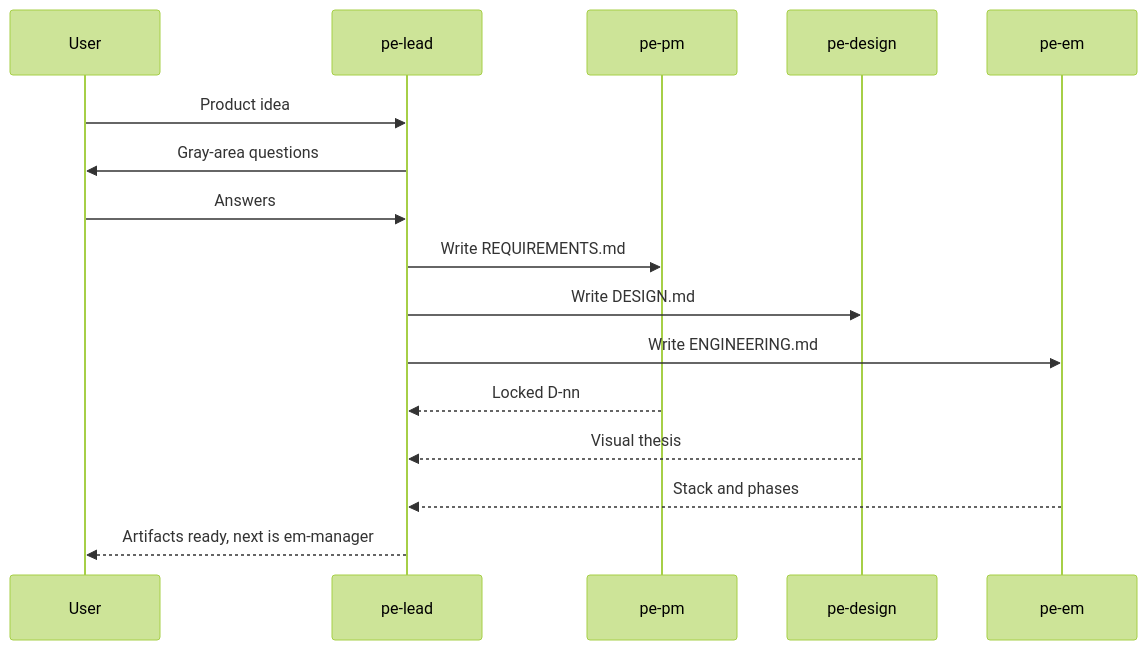
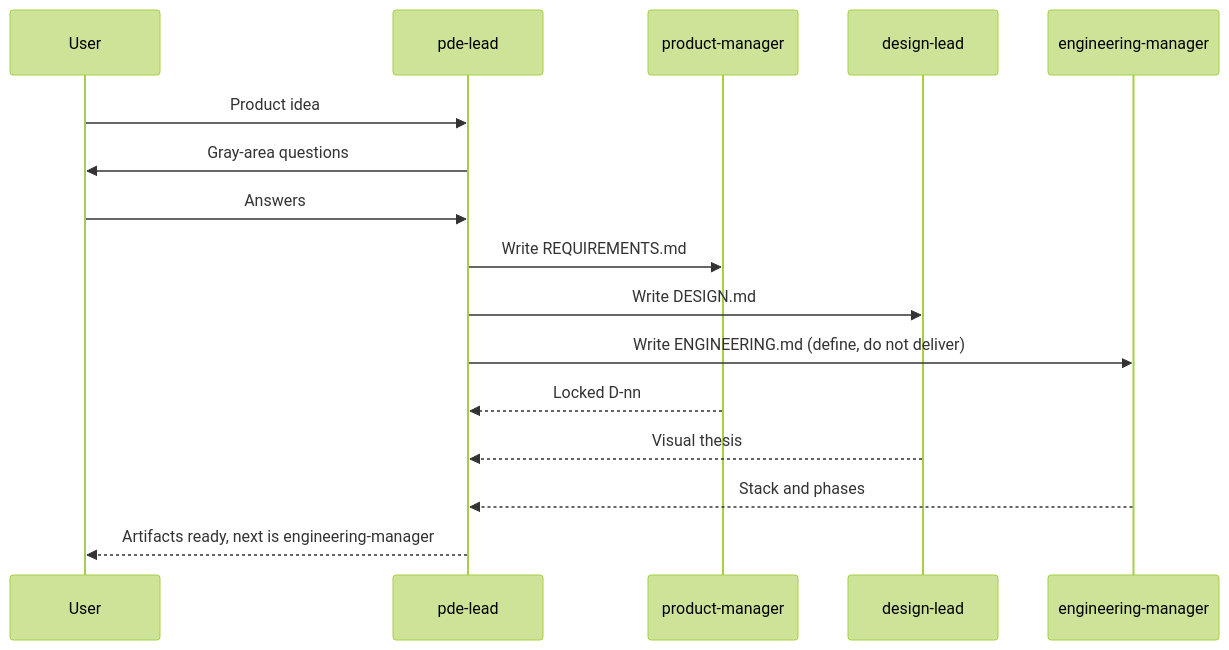
Before and after one commit to crafting-demo/agent-patterns: the diagram in patterns/pde-team/README.md, drawn with Mermaid (forest theme). The commit also changed other lines of this file and 54 other files, not shown here.

````diff
--- a/patterns/pde-team/README.md
+++ b/patterns/pde-team/README.md
@@ -7,18 +7,18 @@
 ```mermaid
 sequenceDiagram
   participant User
-  participant Lead as pe-lead
-  participant PM as pe-pm
-  participant Design as pe-design
-  participant EM as pe-em
+  participant Lead as pde-lead
+  participant PM as product-manager
+  participant Design as design-lead
+  participant EM as engineering-manager
   User->>Lead: Product idea
   Lead->>User: Gray-area questions
   User->>Lead: Answers
   Lead->>PM: Write REQUIREMENTS.md
   Lead->>Design: Write DESIGN.md
-  Lead->>EM: Write ENGINEERING.md
+  Lead->>EM: Write ENGINEERING.md (define, do not deliver)
   PM-->>Lead: Locked D-nn
   Design-->>Lead: Visual thesis
   EM-->>Lead: Stack and phases
-  Lead-->>User: Artifacts ready, next is em-manager
+  Lead-->>User: Artifacts ready, next is engineering-manager
 ```
````
